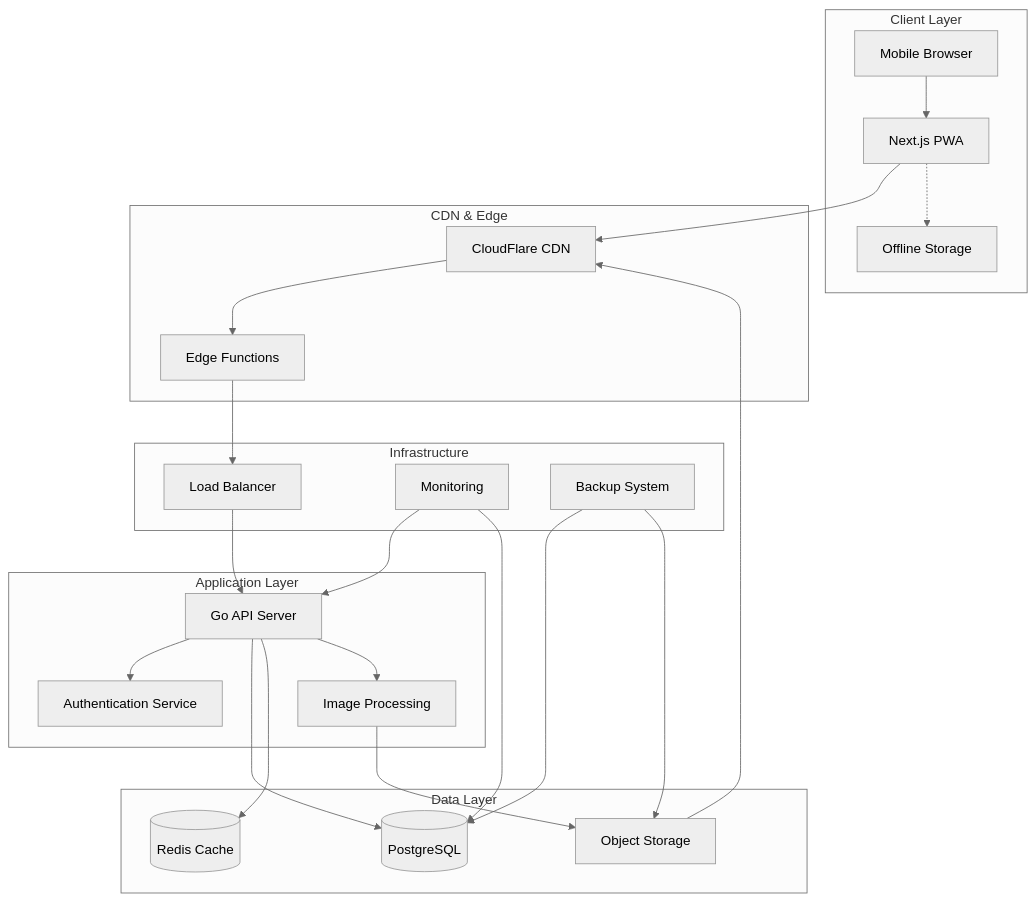
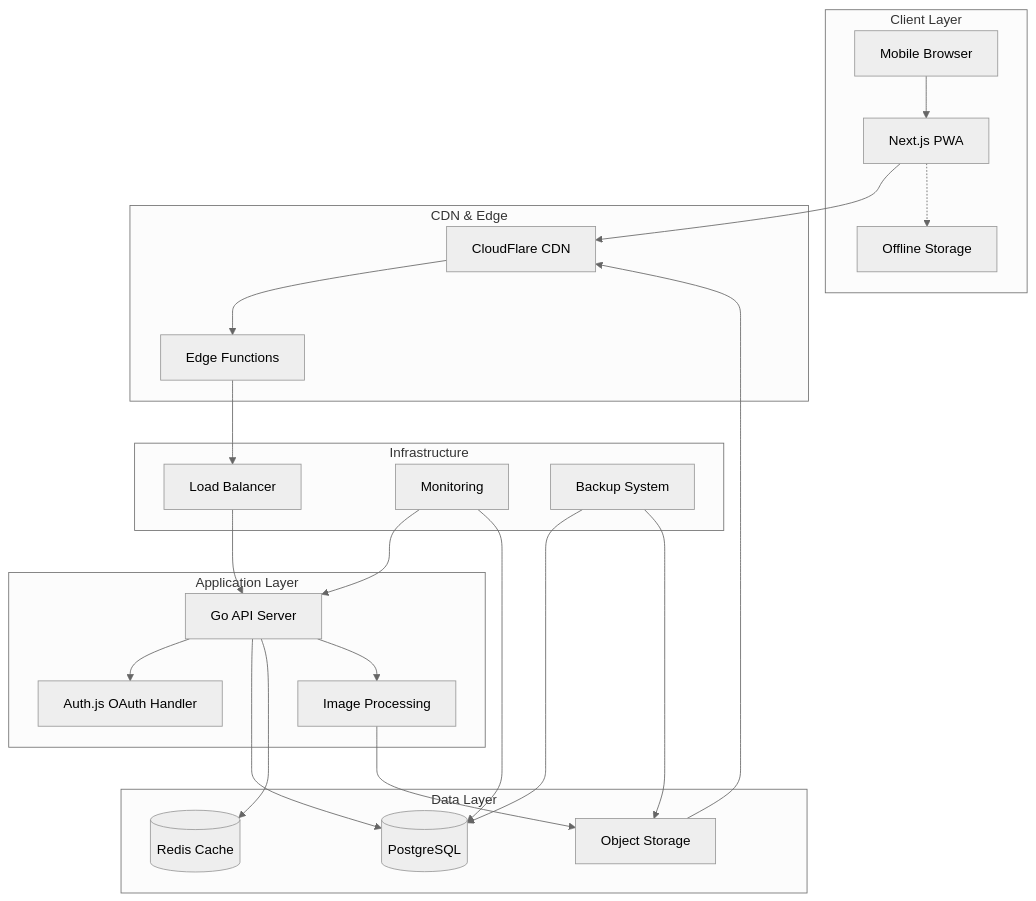
One commit to aneuhold/tracktory changed the first of 11 diagrams in docs/architecture/system-design.md. Above: the diagram before and after it, drawn with Mermaid (neutral theme). The commit also changed other lines of this file and 9 other files, not shown here.

````diff
--- a/docs/architecture/system-design.md
+++ b/docs/architecture/system-design.md
@@ -30,50 +30,50 @@
 ```mermaid
 graph TB
     subgraph "Client Layer"
         PWA[Next.js PWA]
         Mobile[Mobile Browser]
         Offline[Offline Storage]
     end
 
     subgraph "CDN & Edge"
         CDN[CloudFlare CDN]
         Edge[Edge Functions]
     end
 
     subgraph "Application Layer"
         API[Go API Server]
-        Auth[Authentication Service]
+        AuthJS[Auth.js OAuth Handler]
         ImageProc[Image Processing]
     end
 
     subgraph "Data Layer"
         DB[(PostgreSQL)]
         Cache[(Redis Cache)]
         Storage[Object Storage]
     end
 
     subgraph "Infrastructure"
         LB[Load Balancer]
         Monitor[Monitoring]
         Backup[Backup System]
     end
 
     Mobile --> PWA
     PWA --> CDN
     CDN --> Edge
     Edge --> LB
     LB --> API
-    API --> Auth
+    API --> AuthJS
     API --> DB
     API --> Cache
     API --> ImageProc
     ImageProc --> Storage
 
     PWA -.-> Offline
     Storage --> CDN
 
     Monitor --> API
     Monitor --> DB
     Backup --> DB
     Backup --> Storage
 ```
````
